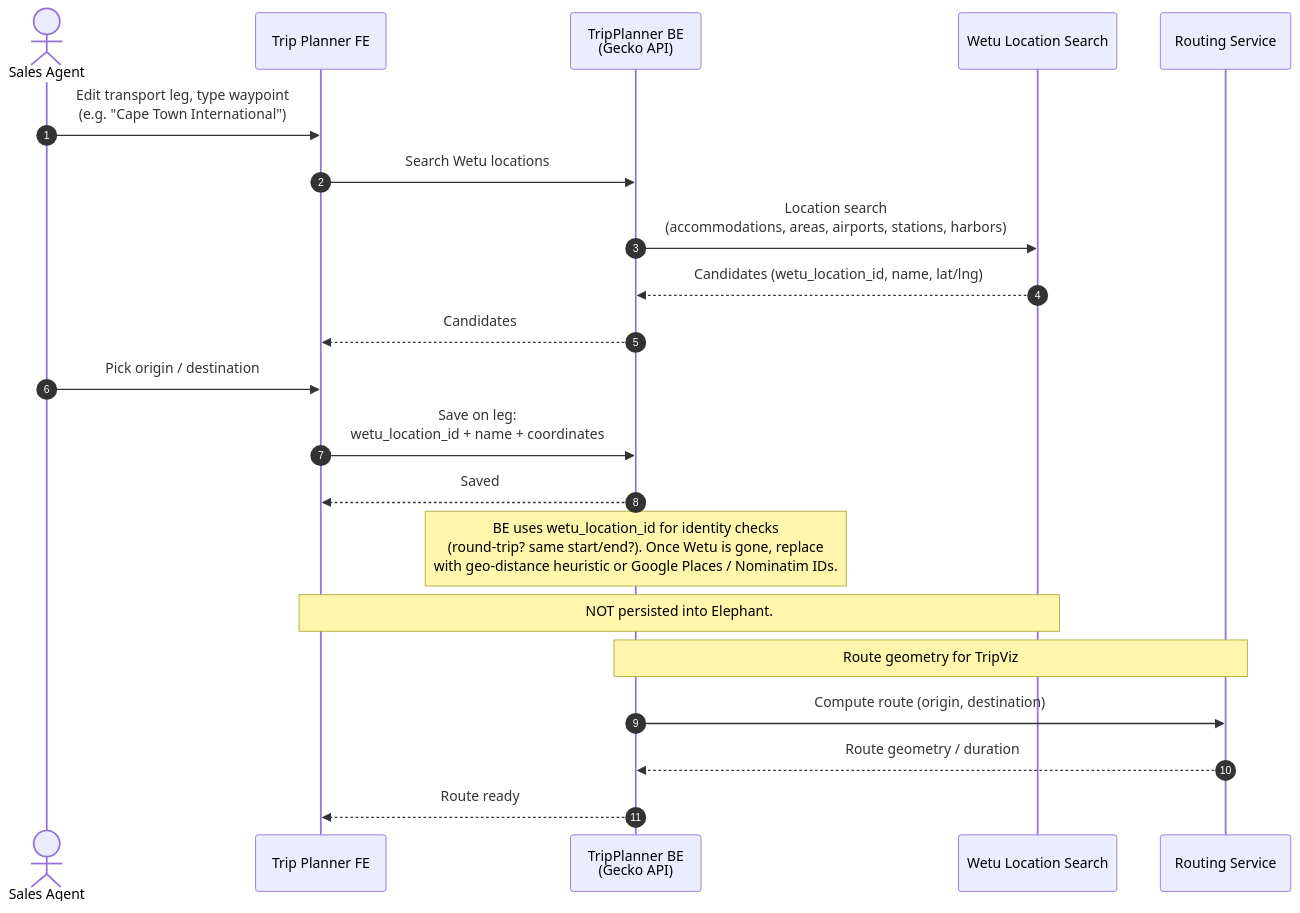
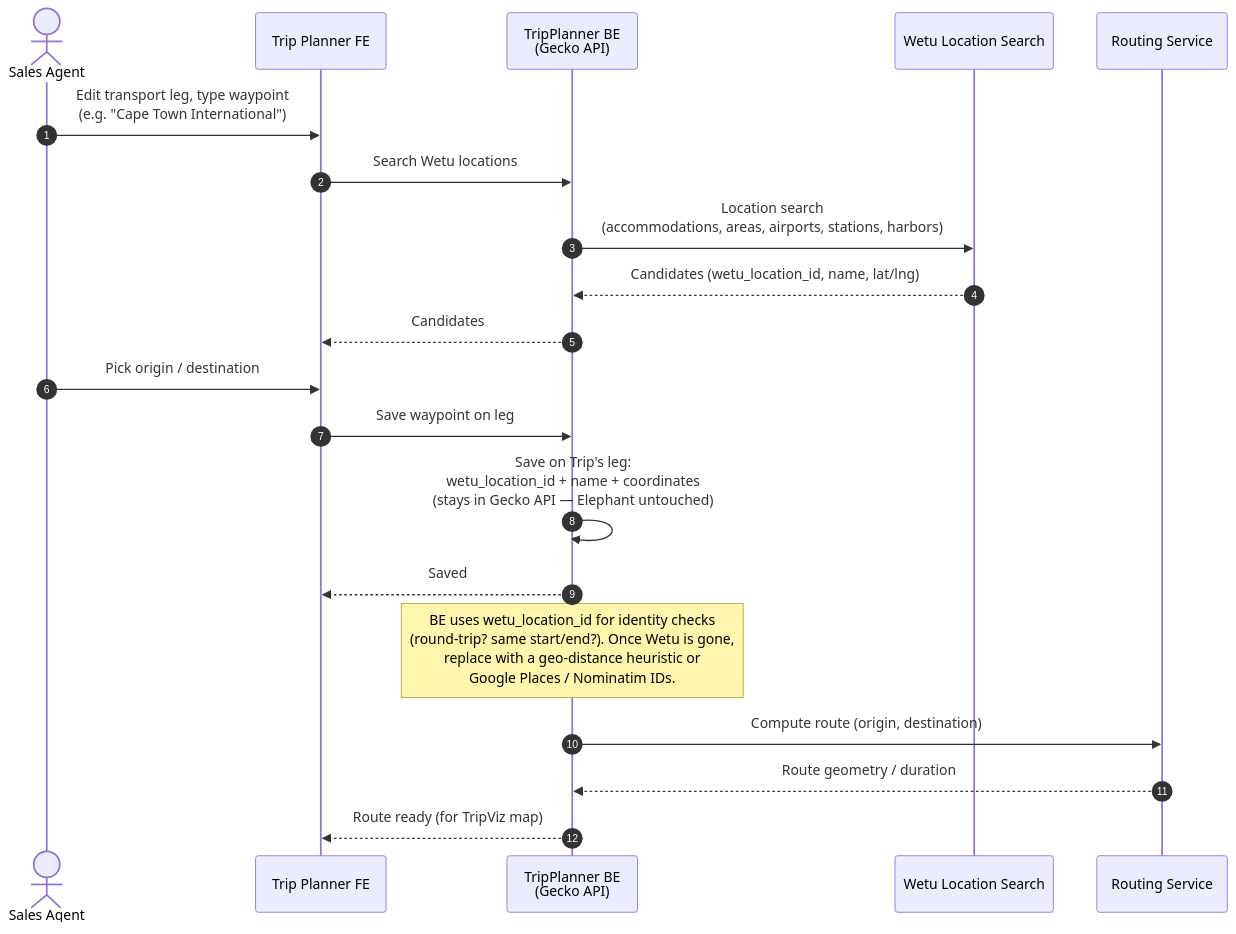
One commit to kliuchnikau-tourlane/ClaudeCowork changed the fifth of 5 diagrams in OUTPUTS/2026-04-24_TripPlannerWetu-sequence-diagrams/TripPlannerWetu_Documentation.md. Above: the diagram before and after it, drawn with Mermaid. The commit also changed other lines of this file, not shown here.

First line of the commit message:
Clarify Diagram 3 link semantics; clean up cross-node notes

````diff
--- a/OUTPUTS/2026-04-24_TripPlannerWetu-sequence-diagrams/TripPlannerWetu_Documentation.md
+++ b/OUTPUTS/2026-04-24_TripPlannerWetu-sequence-diagrams/TripPlannerWetu_Documentation.md
@@ -239,28 +237,26 @@
 ```mermaid
 sequenceDiagram
     autonumber
     actor Agent as Sales Agent
     participant TP as Trip Planner FE
     participant BE as TripPlanner BE<br/>(Gecko API)
     participant Wetu as Wetu Location Search
     participant RS as Routing Service
 
     Agent->>TP: Edit transport leg, type waypoint<br/>(e.g. "Cape Town International")
     TP->>BE: Search Wetu locations
     BE->>Wetu: Location search<br/>(accommodations, areas, airports, stations, harbors)
     Wetu-->>BE: Candidates (wetu_location_id, name, lat/lng)
     BE-->>TP: Candidates
 
     Agent->>TP: Pick origin / destination
-    TP->>BE: Save on leg:<br/>wetu_location_id + name + coordinates
+    TP->>BE: Save waypoint on leg
+    BE->>BE: Save on Trip's leg:<br/>wetu_location_id + name + coordinates<br/>(stays in Gecko API — Elephant untouched)
     BE-->>TP: Saved
 
-    Note over BE: BE uses wetu_location_id for identity checks<br/>(round-trip? same start/end?). Once Wetu is gone, replace<br/>with geo-distance heuristic or Google Places / Nominatim IDs.
+    Note over BE: BE uses wetu_location_id for identity checks<br/>(round-trip? same start/end?). Once Wetu is gone,<br/>replace with a geo-distance heuristic or<br/>Google Places / Nominatim IDs.
 
-    Note over TP,Wetu: NOT persisted into Elephant.
-
-    Note over BE,RS: Route geometry for TripViz
     BE->>RS: Compute route (origin, destination)
     RS-->>BE: Route geometry / duration
-    BE-->>TP: Route ready
+    BE-->>TP: Route ready (for TripViz map)
 ```
````
